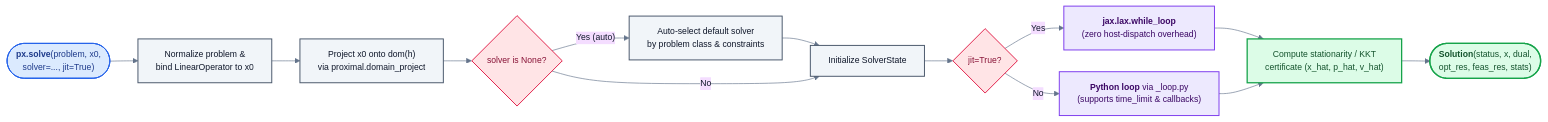
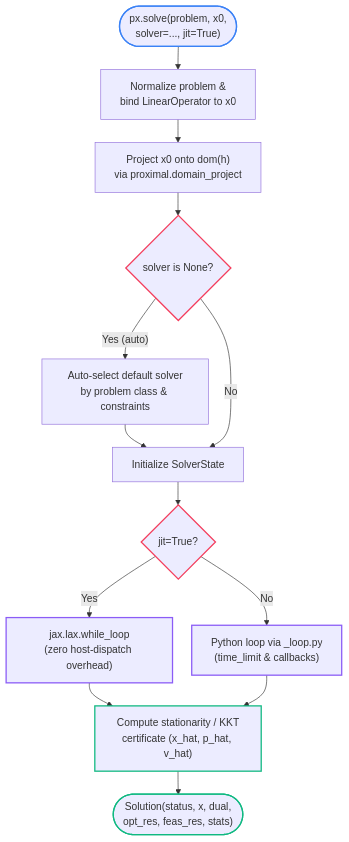
The second of 4 diagrams in docs/appendices/software_architecture.md (wwkong/proxax), drawn with Mermaid before and after one commit. The commit also changed other lines of this file and 2 other files, not shown here.

Commit message:
Enable Mermaid pan/zoom and switch Appendix E diagrams to vertical layout

````diff
--- a/docs/appendices/software_architecture.md
+++ b/docs/appendices/software_architecture.md
@@ -83,29 +77,28 @@
 ```{mermaid}
-%%{init: {'theme': 'base', 'flowchart': {'curve': 'basis', 'padding': 14, 'nodeSpacing': 34, 'rankSpacing': 44}, 'themeVariables': {'fontFamily': 'Inter, system-ui, -apple-system, sans-serif', 'fontSize': '13.5px', 'lineColor': '#64748b', 'primaryTextColor': '#0f172a'}}}%%
-flowchart LR
-    classDef io fill:#dbeafe,stroke:#2563eb,color:#1e3a8a,stroke-width:1.5px
-    classDef step fill:#f1f5f9,stroke:#475569,color:#0f172a,stroke-width:1.5px
-    classDef decision fill:#ffe4e6,stroke:#e11d48,color:#881337,stroke-width:1.5px
-    classDef engine fill:#ede9fe,stroke:#7c3aed,color:#3b0764,stroke-width:1.5px
-    classDef cert fill:#dcfce7,stroke:#16a34a,color:#14532d,stroke-width:2px
+%%{init: {'flowchart': {'curve': 'basis', 'nodeSpacing': 30, 'rankSpacing': 36}}}%%
+flowchart TB
+    classDef io stroke:#3b82f6,stroke-width:2px
+    classDef decision stroke:#f43f5e,stroke-width:2px
+    classDef engine stroke:#8b5cf6,stroke-width:2px
+    classDef cert stroke:#10b981,stroke-width:2px
 
-    IN(["<b>px.solve</b>(problem, x0,<br/>solver=..., jit=True)"]):::io
-    NORM["Normalize problem &<br/>bind LinearOperator to x0"]:::step
-    DOM["Project x0 onto dom(h)<br/>via proximal.domain_project"]:::step
+    IN(["px.solve(problem, x0,<br/>solver=..., jit=True)"]):::io
+    NORM["Normalize problem &<br/>bind LinearOperator to x0"]
+    DOM["Project x0 onto dom(h)<br/>via proximal.domain_project"]
     DISP{"solver is None?"}:::decision
-    AUTO["Auto-select default solver<br/>by problem class & constraints"]:::step
-    EXEC["Initialize SolverState"]:::step
+    AUTO["Auto-select default solver<br/>by problem class & constraints"]
+    EXEC["Initialize SolverState"]
     JIT{"jit=True?"}:::decision
-    XLA["<b>jax.lax.while_loop</b><br/>(zero host-dispatch overhead)"]:::engine
-    PY["<b>Python loop</b> via _loop.py<br/>(supports time_limit & callbacks)"]:::engine
+    XLA["jax.lax.while_loop<br/>(zero host-dispatch overhead)"]:::engine
+    PY["Python loop via _loop.py<br/>(time_limit & callbacks)"]:::engine
     CERT["Compute stationarity / KKT<br/>certificate (x_hat, p_hat, v_hat)"]:::cert
-    OUT(["<b>Solution</b>(status, x, dual,<br/>opt_res, feas_res, stats)"]):::cert
+    OUT(["Solution(status, x, dual,<br/>opt_res, feas_res, stats)"]):::cert
 
     IN --> NORM --> DOM --> DISP
     DISP -->|"Yes (auto)"| AUTO --> EXEC
     DISP -->|"No"| EXEC
     EXEC --> JIT
     JIT -->|"Yes"| XLA --> CERT
     JIT -->|"No"| PY --> CERT
     CERT --> OUT
 ```
````
